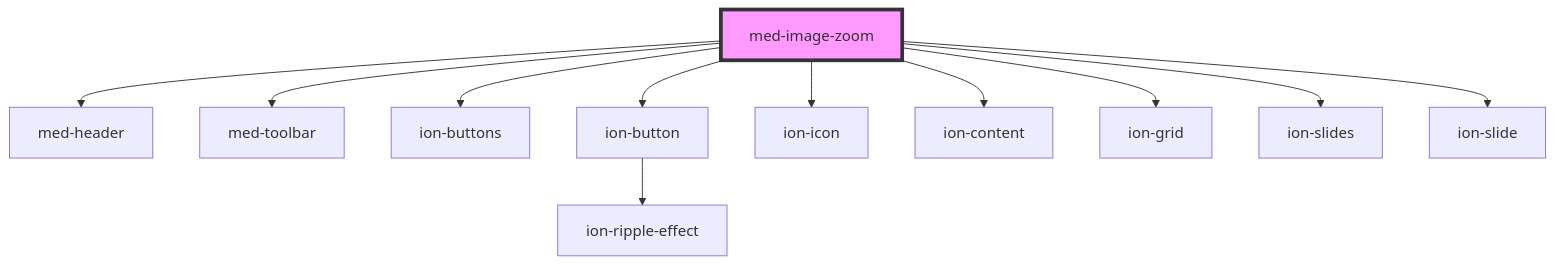
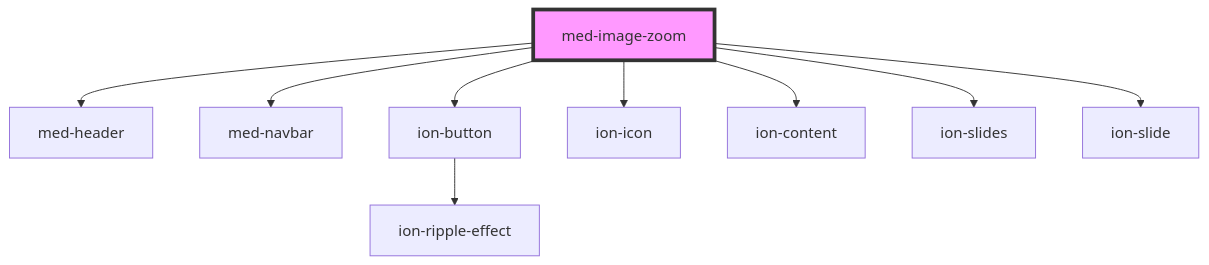
Before and after one commit to ionic-team/ionic-framework: the diagram in core/src/components/medgrupo/global/med-image-zoom/readme.md, drawn with Mermaid. The commit also changed other lines of this file and 217 other files, not shown here.

````diff
--- a/core/src/components/medgrupo/global/med-image-zoom/readme.md
+++ b/core/src/components/medgrupo/global/med-image-zoom/readme.md
@@ -30,14 +28,12 @@
 ```mermaid
 graph TD;
   med-image-zoom --> med-header
-  med-image-zoom --> med-toolbar
-  med-image-zoom --> ion-buttons
+  med-image-zoom --> med-navbar
   med-image-zoom --> ion-button
   med-image-zoom --> ion-icon
   med-image-zoom --> ion-content
-  med-image-zoom --> ion-grid
   med-image-zoom --> ion-slides
   med-image-zoom --> ion-slide
   ion-button --> ion-ripple-effect
   style med-image-zoom fill:#f9f,stroke:#333,stroke-width:4px
 ```
````
